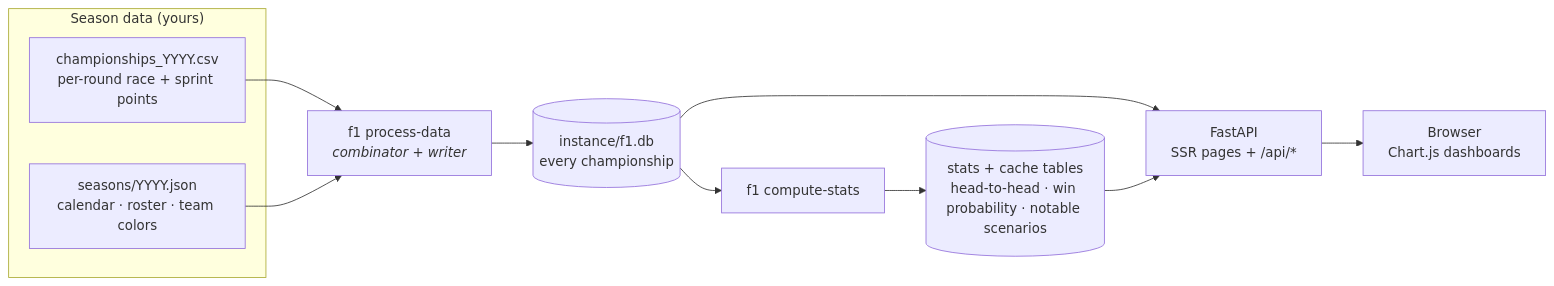
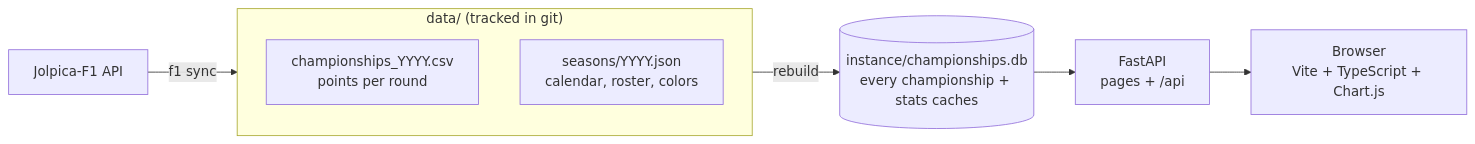
The diagram in README.md (NikoKiru/F1_Season_Calculator), drawn with Mermaid before and after one commit. The commit also changed other lines of this file and 2 other files, not shown here.

````diff
--- a/README.md
+++ b/README.md
@@ -69,16 +54,11 @@
 ```mermaid
 flowchart LR
-    subgraph sources["Season data (yours)"]
-        CSV["championships_YYYY.csv<br/>per-round race + sprint points"]
-        JSON["seasons/YYYY.json<br/>calendar · roster · team colors"]
+    API["Jolpica-F1 API"] -->|"f1 sync"| SRC
+    subgraph SRC["data/ (tracked in git)"]
+        CSV["championships_YYYY.csv<br/>points per round"]
+        JSON["seasons/YYYY.json<br/>calendar, roster, colors"]
     end
-
-    CSV --> PD["f1 process-data<br/><i>combinator + writer</i>"]
-    JSON --> PD
-    PD --> DB[("instance/f1.db<br/>every championship")]
-    DB --> CS["f1 compute-stats"]
-    CS --> ST[("stats + cache tables<br/>head-to-head · win probability · notable scenarios")]
-    DB --> APP["FastAPI<br/>SSR pages + /api/*"]
-    ST --> APP
-    APP --> UI["Browser<br/>Chart.js dashboards"]
+    SRC -->|"rebuild"| DB[("instance/championships.db<br/>every championship + stats caches")]
+    DB --> APP["FastAPI<br/>pages + /api"]
+    APP --> UI["Browser<br/>Vite + TypeScript + Chart.js"]
 ```
````
